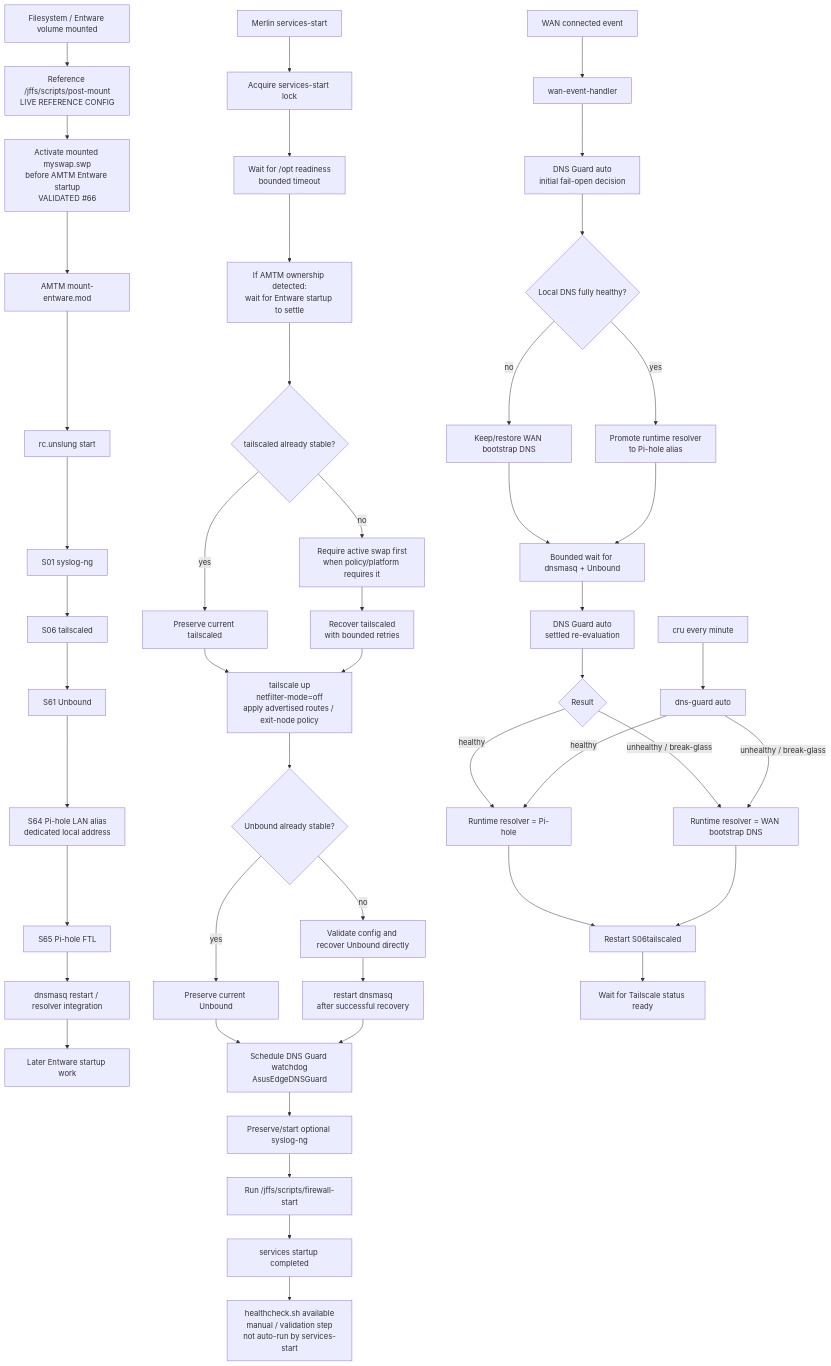
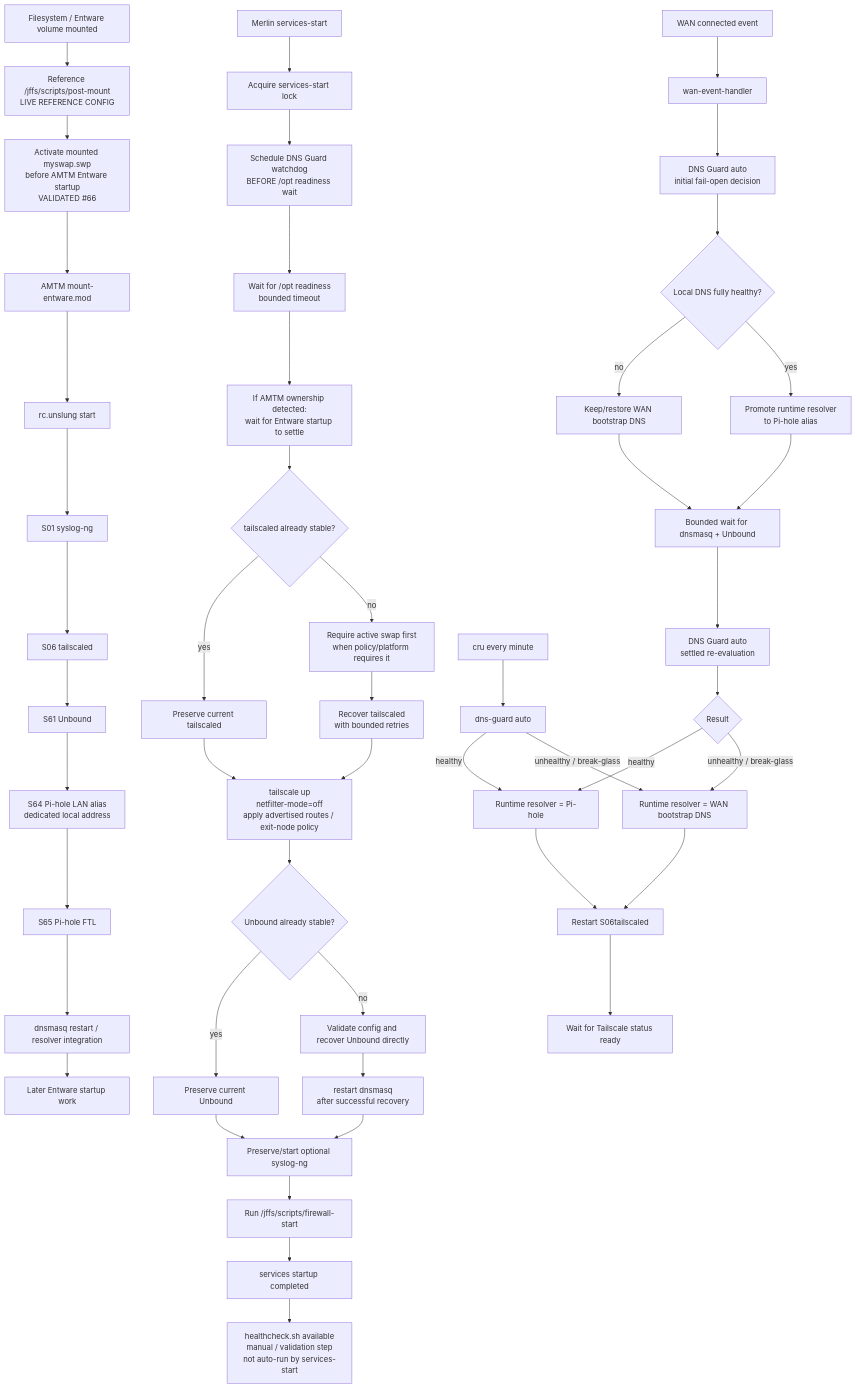
The diagram in docs/architecture/boot-service-dependency-flow.md (wojko6/Advanced-ASUS-Edge-Gateway-ZTNA-Infrastructure), drawn with Mermaid before and after one commit. The commit also changed other lines of this file and 10 other files, not shown here.

Commit message:
docs: synchronize post-PR197 DNS Guard v3.2 architecture and monitoring baseline

````diff
--- a/docs/architecture/boot-service-dependency-flow.md
+++ b/docs/architecture/boot-service-dependency-flow.md
@@ -7,53 +7,53 @@
 ```mermaid
 flowchart TD
     B["Filesystem / Entware volume mounted"] --> PM["Reference /jffs/scripts/post-mount<br/>LIVE REFERENCE CONFIG"]
     PM --> PS["Activate mounted myswap.swp<br/>before AMTM Entware startup<br/>VALIDATED #66"]
     PS --> AM["AMTM mount-entware.mod"]
     AM --> RC["rc.unslung start"]
     RC --> S1["S01 syslog-ng"]
     S1 --> S6["S06 tailscaled"]
     S6 --> S61["S61 Unbound"]
     S61 --> S64["S64 Pi-hole LAN alias<br/>dedicated local address"]
     S64 --> S65["S65 Pi-hole FTL"]
     S65 --> DM["dnsmasq restart / resolver integration"]
     DM --> SLATE["Later Entware startup work"]
 
     MS["Merlin services-start"] --> LK["Acquire services-start lock"]
-    LK --> OP["Wait for /opt readiness<br/>bounded timeout"]
+    LK --> DG["Schedule DNS Guard watchdog<br/>BEFORE /opt readiness wait"]
+    DG --> OP["Wait for /opt readiness<br/>bounded timeout"]
     OP --> AS["If AMTM ownership detected:<br/>wait for Entware startup to settle"]
     AS --> TC{"tailscaled already stable?"}
     TC -->|"yes"| TP["Preserve current tailscaled"]
     TC -->|"no"| SW["Require active swap first<br/>when policy/platform requires it"]
     SW --> TR["Recover tailscaled<br/>with bounded retries"]
     TP --> UP["tailscale up<br/>netfilter-mode=off<br/>apply advertised routes / exit-node policy"]
     TR --> UP
     UP --> UB{"Unbound already stable?"}
     UB -->|"yes"| UK["Preserve current Unbound"]
     UB -->|"no"| UR["Validate config and recover Unbound directly"]
     UR --> RD["restart dnsmasq<br/>after successful recovery"]
-    UK --> DG["Schedule DNS Guard watchdog<br/>AsusEdgeDNSGuard"]
-    RD --> DG
-    DG --> SL["Preserve/start optional syslog-ng"]
+    UK --> SL["Preserve/start optional syslog-ng"]
+    RD --> SL
     SL --> FW["Run /jffs/scripts/firewall-start"]
     FW --> OK["services startup completed"]
     OK --> HC["healthcheck.sh available<br/>manual / validation step<br/>not auto-run by services-start"]
 
     WE["WAN connected event"] --> WH["wan-event-handler"]
     WH --> GI["DNS Guard auto<br/>initial fail-open decision"]
     GI --> BP{"Local DNS fully healthy?"}
     BP -->|"no"| WB["Keep/restore WAN bootstrap DNS"]
     BP -->|"yes"| LP["Promote runtime resolver<br/>to Pi-hole alias"]
     WB --> BW["Bounded wait for dnsmasq + Unbound"]
     LP --> BW
     BW --> GS["DNS Guard auto<br/>settled re-evaluation"]
     GS --> RS{"Result"}
     RS -->|"healthy"| PL["Runtime resolver = Pi-hole"]
     RS -->|"unhealthy / break-glass"| WA["Runtime resolver = WAN bootstrap DNS"]
     PL --> RT["Restart S06tailscaled"]
     WA --> RT
     RT --> RR["Wait for Tailscale status ready"]
 
     CRON["cru every minute"] --> GA["dns-guard auto"]
     GA -->|"healthy"| PL
     GA -->|"unhealthy / break-glass"| WA
 ```
````
